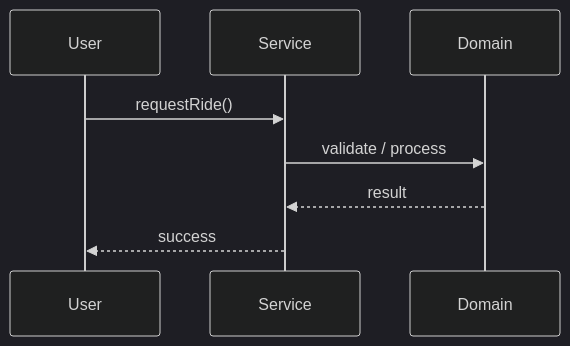
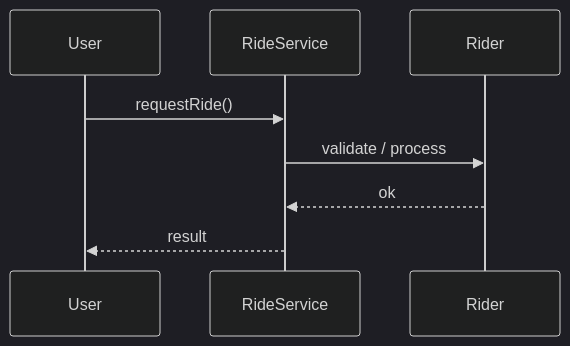
Before and after one commit to madhupaila/Interview-Prep-SSE: the second of 3 diagrams in Learn/System Design - Low Level Design/02-classic-ood/questions/Q21-ride-sharing-uber.md, drawn with Mermaid (dark theme). The commit also changed other lines of this file and 491 other files, not shown here.

````diff
--- a/Learn/System Design - Low Level Design/02-classic-ood/questions/Q21-ride-sharing-uber.md
+++ b/Learn/System Design - Low Level Design/02-classic-ood/questions/Q21-ride-sharing-uber.md
@@ -122,10 +156,10 @@
 ```mermaid
 sequenceDiagram
-    participant U as User
-    participant S as Service
-    participant D as Domain
-    U->>S: requestRide()
-    S->>D: validate / process
-    D-->>S: result
-    S-->>U: success
+participant U as User
+participant S as RideService
+participant D as Rider
+U->>S: requestRide()
+S->>D: validate / process
+D-->>S: ok
+S-->>U: result
 ```
````
